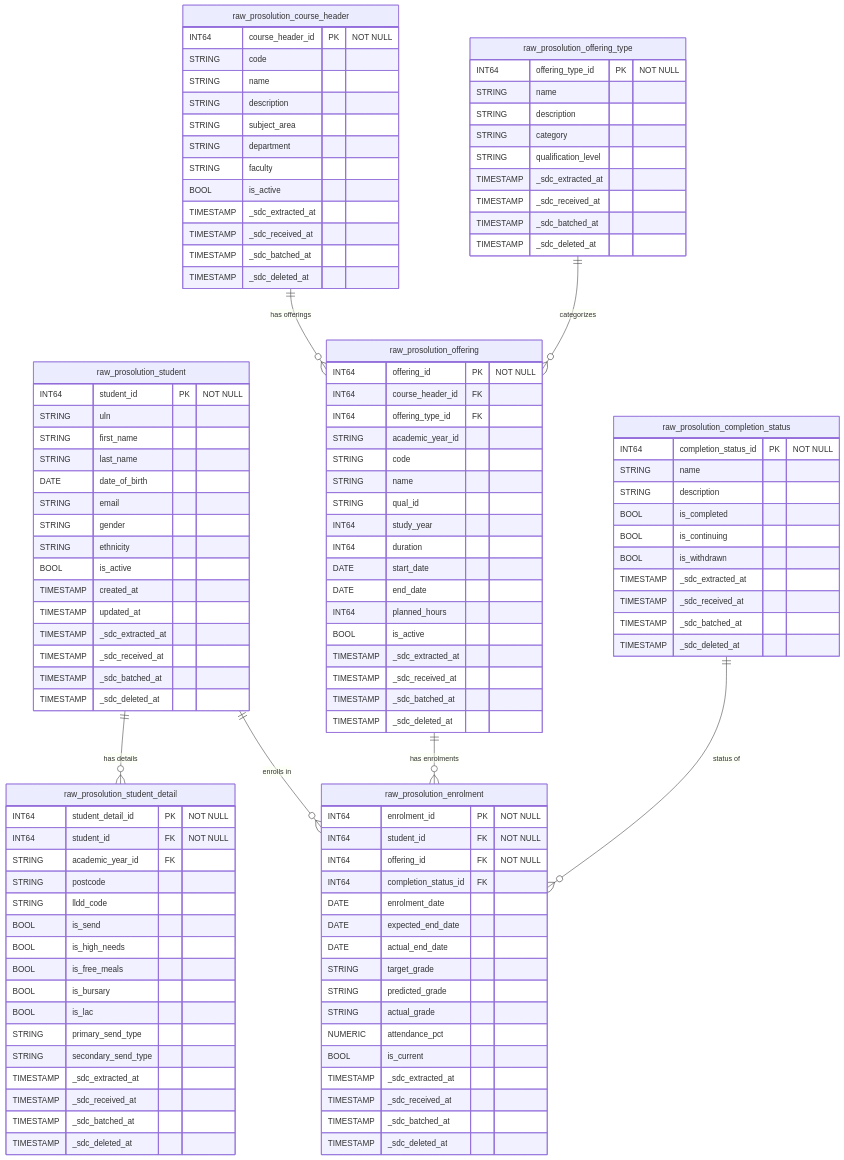
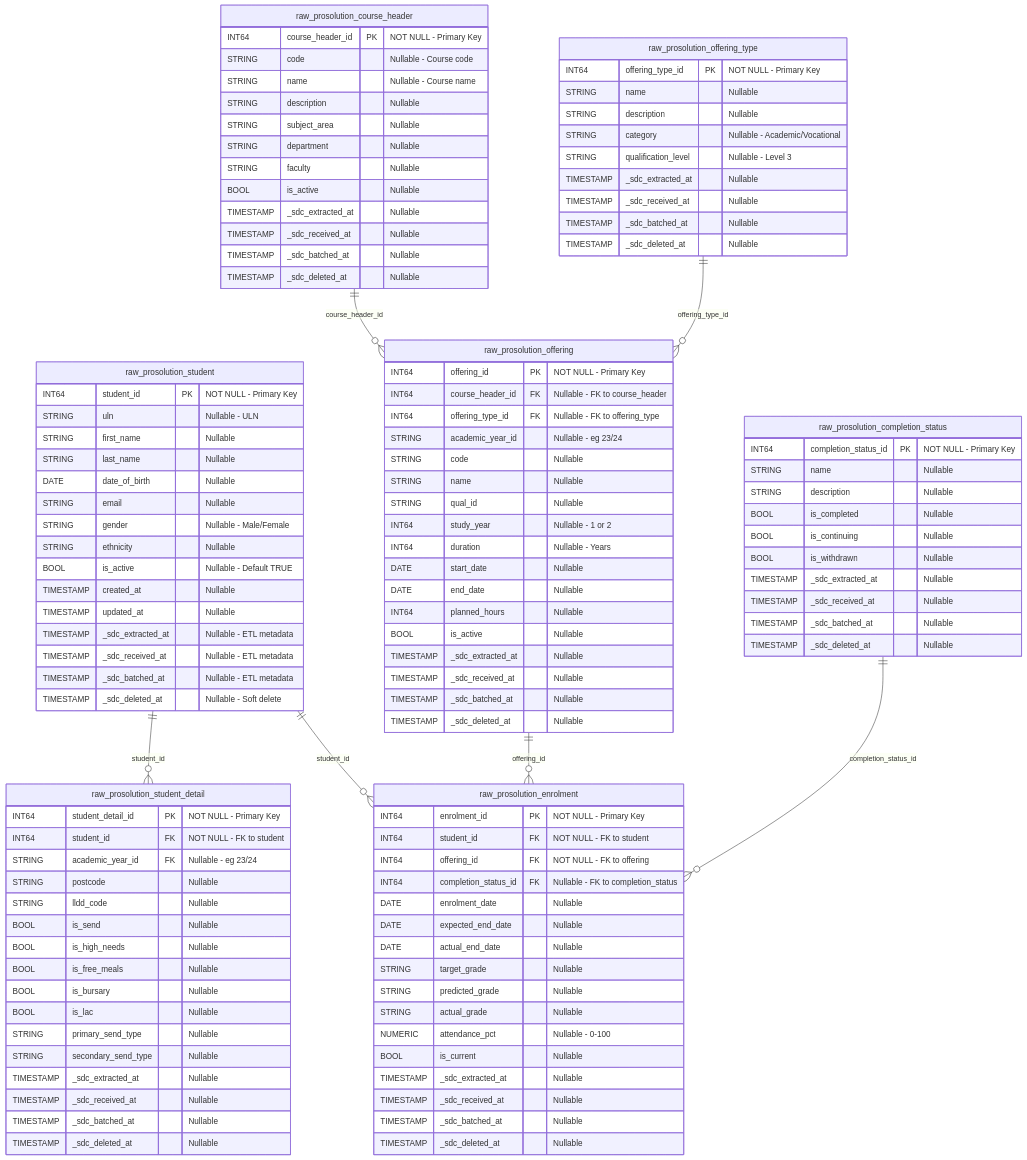
The second of 10 diagrams in design/data_model_diagrams.md (rittmananalytics/RA_Accelerated_Development), drawn with Mermaid before and after one commit. The commit also changed other lines of this file, not shown here.

````diff
--- a/design/data_model_diagrams.md
+++ b/design/data_model_diagrams.md
@@ -26,125 +233,125 @@
 ```mermaid
 erDiagram
     raw_prosolution_student {
-        INT64 student_id PK "NOT NULL"
-        STRING uln
-        STRING first_name
-        STRING last_name
-        DATE date_of_birth
-        STRING email
-        STRING gender
-        STRING ethnicity
-        BOOL is_active
-        TIMESTAMP created_at
-        TIMESTAMP updated_at
-        TIMESTAMP _sdc_extracted_at
-        TIMESTAMP _sdc_received_at
-        TIMESTAMP _sdc_batched_at
-        TIMESTAMP _sdc_deleted_at
+        INT64 student_id PK "NOT NULL - Primary Key"
+        STRING uln "Nullable - ULN"
+        STRING first_name "Nullable"
+        STRING last_name "Nullable"
+        DATE date_of_birth "Nullable"
+        STRING email "Nullable"
+        STRING gender "Nullable - Male/Female"
+        STRING ethnicity "Nullable"
+        BOOL is_active "Nullable - Default TRUE"
+        TIMESTAMP created_at "Nullable"
+        TIMESTAMP updated_at "Nullable"
+        TIMESTAMP _sdc_extracted_at "Nullable - ETL metadata"
+        TIMESTAMP _sdc_received_at "Nullable - ETL metadata"
+        TIMESTAMP _sdc_batched_at "Nullable - ETL metadata"
+        TIMESTAMP _sdc_deleted_at "Nullable - Soft delete"
     }
 
     raw_prosolution_student_detail {
-        INT64 student_detail_id PK "NOT NULL"
-        INT64 student_id FK "NOT NULL"
-        STRING academic_year_id FK
-        STRING postcode
-        STRING lldd_code
-        BOOL is_send
-        BOOL is_high_needs
-        BOOL is_free_meals
-        BOOL is_bursary
-        BOOL is_lac
-        STRING primary_send_type
-        STRING secondary_send_type
-        TIMESTAMP _sdc_extracted_at
-        TIMESTAMP _sdc_received_at
-        TIMESTAMP _sdc_batched_at
-        TIMESTAMP _sdc_deleted_at
+        INT64 student_detail_id PK "NOT NULL - Primary Key"
+        INT64 student_id FK "NOT NULL - FK to student"
+        STRING academic_year_id FK "Nullable - eg 23/24"
+        STRING postcode "Nullable"
+        STRING lldd_code "Nullable"
+        BOOL is_send "Nullable"
+        BOOL is_high_needs "Nullable"
+        BOOL is_free_meals "Nullable"
+        BOOL is_bursary "Nullable"
+        BOOL is_lac "Nullable"
+        STRING primary_send_type "Nullable"
+        STRING secondary_send_type "Nullable"
+        TIMESTAMP _sdc_extracted_at "Nullable"
+        TIMESTAMP _sdc_received_at "Nullable"
+        TIMESTAMP _sdc_batched_at "Nullable"
+        TIMESTAMP _sdc_deleted_at "Nullable"
     }
 
     raw_prosolution_course_header {
-        INT64 course_header_id PK "NOT NULL"
-        STRING code
-        STRING name
-        STRING description
-        STRING subject_area
-        STRING department
-        STRING faculty
-        BOOL is_active
-        TIMESTAMP _sdc_extracted_at
-        TIMESTAMP _sdc_received_at
-        TIMESTAMP _sdc_batched_at
-        TIMESTAMP _sdc_deleted_at
+        INT64 course_header_id PK "NOT NULL - Primary Key"
+        STRING code "Nullable - Course code"
+        STRING name "Nullable - Course name"
+        STRING description "Nullable"
+        STRING subject_area "Nullable"
+        STRING department "Nullable"
+        STRING faculty "Nullable"
+        BOOL is_active "Nullable"
+        TIMESTAMP _sdc_extracted_at "Nullable"
+        TIMESTAMP _sdc_received_at "Nullable"
+        TIMESTAMP _sdc_batched_at "Nullable"
+        TIMESTAMP _sdc_deleted_at "Nullable"
     }
 
     raw_prosolution_offering_type {
-        INT64 offering_type_id PK "NOT NULL"
-        STRING name
-        STRING description
-        STRING category
-        STRING qualification_level
-        TIMESTAMP _sdc_extracted_at
-        TIMESTAMP _sdc_received_at
-        TIMESTAMP _sdc_batched_at
-        TIMESTAMP _sdc_deleted_at
+        INT64 offering_type_id PK "NOT NULL - Primary Key"
+        STRING name "Nullable"
+        STRING description "Nullable"
+        STRING category "Nullable - Academic/Vocational"
+        STRING qualification_level "Nullable - Level 3"
+        TIMESTAMP _sdc_extracted_at "Nullable"
+        TIMESTAMP _sdc_received_at "Nullable"
+        TIMESTAMP _sdc_batched_at "Nullable"
+        TIMESTAMP _sdc_deleted_at "Nullable"
     }
 
     raw_prosolution_offering {
-        INT64 offering_id PK "NOT NULL"
-        INT64 course_header_id FK
-        INT64 offering_type_id FK
-        STRING academic_year_id
-        STRING code
-        STRING name
-        STRING qual_id
-        INT64 study_year
-        INT64 duration
-        DATE start_date
-        DATE end_date
-        INT64 planned_hours
-        BOOL is_active
-        TIMESTAMP _sdc_extracted_at
-        TIMESTAMP _sdc_received_at
-        TIMESTAMP _sdc_batched_at
-        TIMESTAMP _sdc_deleted_at
+        INT64 offering_id PK "NOT NULL - Primary Key"
+        INT64 course_header_id FK "Nullable - FK to course_header"
+        INT64 offering_type_id FK "Nullable - FK to offering_type"
+        STRING academic_year_id "Nullable - eg 23/24"
+        STRING code "Nullable"
+        STRING name "Nullable"
+        STRING qual_id "Nullable"
+        INT64 study_year "Nullable - 1 or 2"
+        INT64 duration "Nullable - Years"
+        DATE start_date "Nullable"
+        DATE end_date "Nullable"
+        INT64 planned_hours "Nullable"
+        BOOL is_active "Nullable"
+        TIMESTAMP _sdc_extracted_at "Nullable"
+        TIMESTAMP _sdc_received_at "Nullable"
+        TIMESTAMP _sdc_batched_at "Nullable"
+        TIMESTAMP _sdc_deleted_at "Nullable"
     }
 
     raw_prosolution_completion_status {
-        INT64 completion_status_id PK "NOT NULL"
-        STRING name
-        STRING description
-        BOOL is_completed
-        BOOL is_continuing
-        BOOL is_withdrawn
-        TIMESTAMP _sdc_extracted_at
-        TIMESTAMP _sdc_received_at
-        TIMESTAMP _sdc_batched_at
-        TIMESTAMP _sdc_deleted_at
+        INT64 completion_status_id PK "NOT NULL - Primary Key"
+        STRING name "Nullable"
+        STRING description "Nullable"
+        BOOL is_completed "Nullable"
+        BOOL is_continuing "Nullable"
+        BOOL is_withdrawn "Nullable"
+        TIMESTAMP _sdc_extracted_at "Nullable"
+        TIMESTAMP _sdc_received_at "Nullable"
+        TIMESTAMP _sdc_batched_at "Nullable"
+        TIMESTAMP _sdc_deleted_at "Nullable"
     }
 
     raw_prosolution_enrolment {
-        INT64 enrolment_id PK "NOT NULL"
-        INT64 student_id FK "NOT NULL"
-        INT64 offering_id FK "NOT NULL"
-        INT64 completion_status_id FK
-        DATE enrolment_date
-        DATE expected_end_date
-        DATE actual_end_date
-        STRING target_grade
-        STRING predicted_grade
-        STRING actual_grade
-        NUMERIC attendance_pct
-        BOOL is_current
-        TIMESTAMP _sdc_extracted_at
-        TIMESTAMP _sdc_received_at
-        TIMESTAMP _sdc_batched_at
-        TIMESTAMP _sdc_deleted_at
+        INT64 enrolment_id PK "NOT NULL - Primary Key"
+        INT64 student_id FK "NOT NULL - FK to student"
+        INT64 offering_id FK "NOT NULL - FK to offering"
+        INT64 completion_status_id FK "Nullable - FK to completion_status"
+        DATE enrolment_date "Nullable"
+        DATE expected_end_date "Nullable"
+        DATE actual_end_date "Nullable"
+        STRING target_grade "Nullable"
+        STRING predicted_grade "Nullable"
+        STRING actual_grade "Nullable"
+        NUMERIC attendance_pct "Nullable - 0-100"
+        BOOL is_current "Nullable"
+        TIMESTAMP _sdc_extracted_at "Nullable"
+        TIMESTAMP _sdc_received_at "Nullable"
+        TIMESTAMP _sdc_batched_at "Nullable"
+        TIMESTAMP _sdc_deleted_at "Nullable"
     }
 
-    raw_prosolution_student ||--o{ raw_prosolution_student_detail : "has details"
-    raw_prosolution_student ||--o{ raw_prosolution_enrolment : "enrolls in"
-    raw_prosolution_course_header ||--o{ raw_prosolution_offering : "has offerings"
-    raw_prosolution_offering_type ||--o{ raw_prosolution_offering : "categorizes"
-    raw_prosolution_offering ||--o{ raw_prosolution_enrolment : "has enrolments"
-    raw_prosolution_completion_status ||--o{ raw_prosolution_enrolment : "status of"
+    raw_prosolution_student ||--o{ raw_prosolution_student_detail : "student_id"
+    raw_prosolution_student ||--o{ raw_prosolution_enrolment : "student_id"
+    raw_prosolution_course_header ||--o{ raw_prosolution_offering : "course_header_id"
+    raw_prosolution_offering_type ||--o{ raw_prosolution_offering : "offering_type_id"
+    raw_prosolution_offering ||--o{ raw_prosolution_enrolment : "offering_id"
+    raw_prosolution_completion_status ||--o{ raw_prosolution_enrolment : "completion_status_id"
 ```
````
